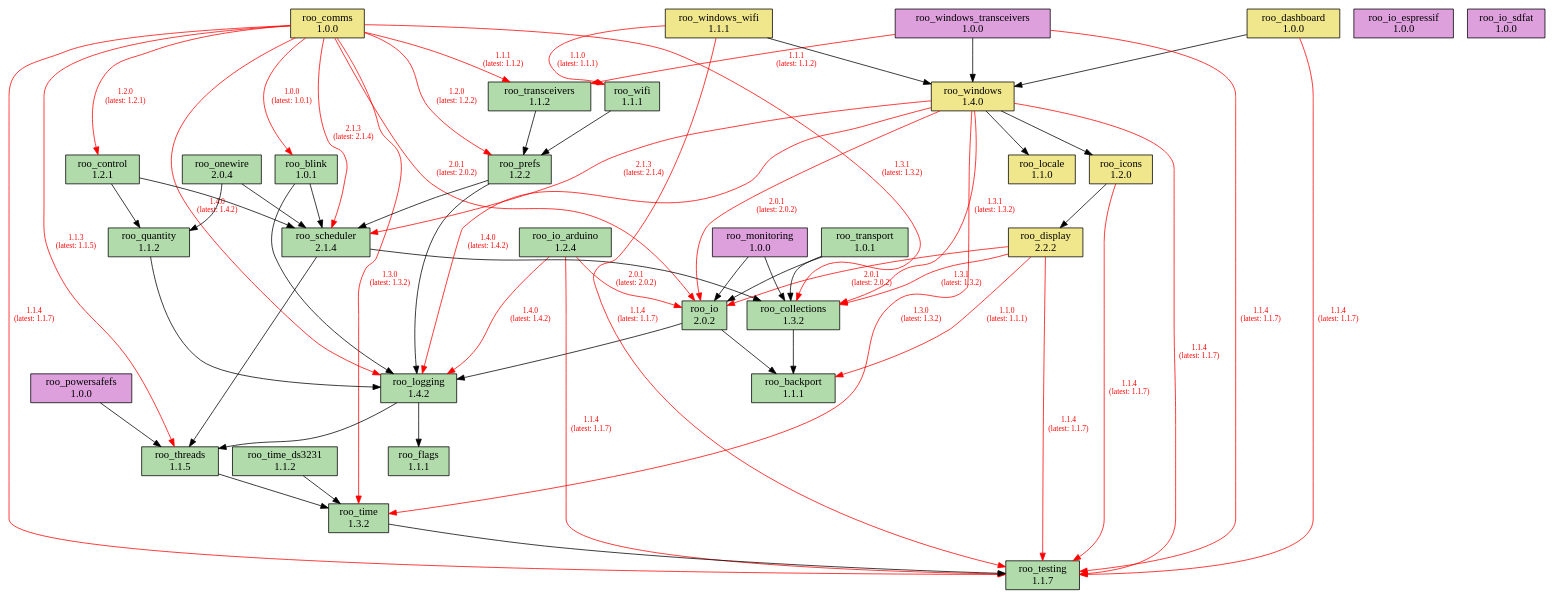
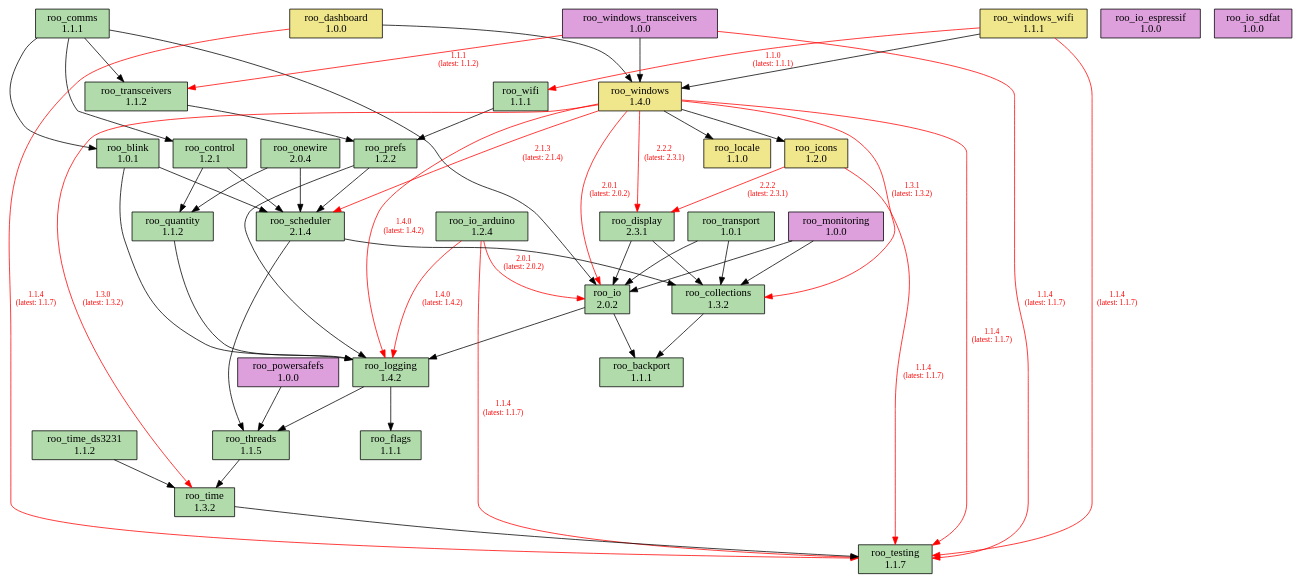
Before and after one commit to dejwk/roo-registry: the diagram in doc/dependencies.dot, drawn with Graphviz. The commit also changed 3 other files, not shown here.

Commit message:
Added roo_display 2.3.1 to the registry.

```diff
--- a/doc/dependencies.dot
+++ b/doc/dependencies.dot
@@ -1,102 +1,94 @@
 digraph dependencies {
     rankdir=TB;
     node [shape=box, style=filled];
     edge [fontsize=10];
 
     // Modules
     "roo_backport" [label="roo_backport\n1.1.1", fillcolor="#b1dbab"];
     "roo_blink" [label="roo_blink\n1.0.1", fillcolor="#b1dbab"];
     "roo_collections" [label="roo_collections\n1.3.2", fillcolor="#b1dbab"];
-    "roo_comms" [label="roo_comms\n1.0.0", fillcolor="khaki"];
+    "roo_comms" [label="roo_comms\n1.1.1", fillcolor="#b1dbab"];
     "roo_control" [label="roo_control\n1.2.1", fillcolor="#b1dbab"];
     "roo_dashboard" [label="roo_dashboard\n1.0.0", fillcolor="khaki"];
-    "roo_display" [label="roo_display\n2.2.2", fillcolor="khaki"];
+    "roo_display" [label="roo_display\n2.3.1", fillcolor="#b1dbab"];
     "roo_flags" [label="roo_flags\n1.1.1", fillcolor="#b1dbab"];
     "roo_icons" [label="roo_icons\n1.2.0", fillcolor="khaki"];
     "roo_io" [label="roo_io\n2.0.2", fillcolor="#b1dbab"];
     "roo_io_arduino" [label="roo_io_arduino\n1.2.4", fillcolor="#b1dbab"];
     "roo_io_espressif" [label="roo_io_espressif\n1.0.0", fillcolor="plum"];
     "roo_io_sdfat" [label="roo_io_sdfat\n1.0.0", fillcolor="plum"];
     "roo_locale" [label="roo_locale\n1.1.0", fillcolor="khaki"];
     "roo_logging" [label="roo_logging\n1.4.2", fillcolor="#b1dbab"];
     "roo_monitoring" [label="roo_monitoring\n1.0.0", fillcolor="plum"];
     "roo_onewire" [label="roo_onewire\n2.0.4", fillcolor="#b1dbab"];
     "roo_powersafefs" [label="roo_powersafefs\n1.0.0", fillcolor="plum"];
     "roo_prefs" [label="roo_prefs\n1.2.2", fillcolor="#b1dbab"];
     "roo_quantity" [label="roo_quantity\n1.1.2", fillcolor="#b1dbab"];
     "roo_scheduler" [label="roo_scheduler\n2.1.4", fillcolor="#b1dbab"];
     "roo_testing" [label="roo_testing\n1.1.7", fillcolor="#b1dbab"];
     "roo_threads" [label="roo_threads\n1.1.5", fillcolor="#b1dbab"];
     "roo_time" [label="roo_time\n1.3.2", fillcolor="#b1dbab"];
     "roo_time_ds3231" [label="roo_time_ds3231\n1.1.2", fillcolor="#b1dbab"];
     "roo_transceivers" [label="roo_transceivers\n1.1.2", fillcolor="#b1dbab"];
     "roo_transport" [label="roo_transport\n1.0.1", fillcolor="#b1dbab"];
     "roo_wifi" [label="roo_wifi\n1.1.1", fillcolor="#b1dbab"];
     "roo_windows" [label="roo_windows\n1.4.0", fillcolor="khaki"];
     "roo_windows_transceivers" [label="roo_windows_transceivers\n1.0.0", fillcolor="plum"];
     "roo_windows_wifi" [label="roo_windows_wifi\n1.1.1", fillcolor="khaki"];
 
     // Dependencies
     "roo_blink" -> "roo_logging";
     "roo_blink" -> "roo_scheduler";
     "roo_collections" -> "roo_backport";
-    "roo_comms" -> "roo_testing" [color=red, fontcolor=red, label="1.1.4\n(latest: 1.1.7)"];
-    "roo_comms" -> "roo_blink" [color=red, fontcolor=red, label="1.0.0\n(latest: 1.0.1)"];
-    "roo_comms" -> "roo_collections" [color=red, fontcolor=red, label="1.3.1\n(latest: 1.3.2)"];
-    "roo_comms" -> "roo_control" [color=red, fontcolor=red, label="1.2.0\n(latest: 1.2.1)"];
-    "roo_comms" -> "roo_io" [color=red, fontcolor=red, label="2.0.1\n(latest: 2.0.2)"];
-    "roo_comms" -> "roo_logging" [color=red, fontcolor=red, label="1.4.0\n(latest: 1.4.2)"];
-    "roo_comms" -> "roo_prefs" [color=red, fontcolor=red, label="1.2.0\n(latest: 1.2.2)"];
-    "roo_comms" -> "roo_scheduler" [color=red, fontcolor=red, label="2.1.3\n(latest: 2.1.4)"];
-    "roo_comms" -> "roo_threads" [color=red, fontcolor=red, label="1.1.3\n(latest: 1.1.5)"];
-    "roo_comms" -> "roo_time" [color=red, fontcolor=red, label="1.3.0\n(latest: 1.3.2)"];
-    "roo_comms" -> "roo_transceivers" [color=red, fontcolor=red, label="1.1.1\n(latest: 1.1.2)"];
+    "roo_comms" -> "roo_blink";
+    "roo_comms" -> "roo_control";
+    "roo_comms" -> "roo_io";
+    "roo_comms" -> "roo_transceivers";
     "roo_control" -> "roo_quantity";
     "roo_control" -> "roo_scheduler";
     "roo_dashboard" -> "roo_testing" [color=red, fontcolor=red, label="1.1.4\n(latest: 1.1.7)"];
     "roo_dashboard" -> "roo_windows";
-    "roo_display" -> "roo_testing" [color=red, fontcolor=red, label="1.1.4\n(latest: 1.1.7)"];
-    "roo_display" -> "roo_backport" [color=red, fontcolor=red, label="1.1.0\n(latest: 1.1.1)"];
-    "roo_display" -> "roo_collections" [color=red, fontcolor=red, label="1.3.1\n(latest: 1.3.2)"];
-    "roo_display" -> "roo_io" [color=red, fontcolor=red, label="2.0.1\n(latest: 2.0.2)"];
+    "roo_display" -> "roo_collections";
+    "roo_display" -> "roo_io";
     "roo_icons" -> "roo_testing" [color=red, fontcolor=red, label="1.1.4\n(latest: 1.1.7)"];
-    "roo_icons" -> "roo_display";
+    "roo_icons" -> "roo_display" [color=red, fontcolor=red, label="2.2.2\n(latest: 2.3.1)"];
     "roo_io" -> "roo_backport";
     "roo_io" -> "roo_logging";
     "roo_io_arduino" -> "roo_testing" [color=red, fontcolor=red, label="1.1.4\n(latest: 1.1.7)"];
     "roo_io_arduino" -> "roo_io" [color=red, fontcolor=red, label="2.0.1\n(latest: 2.0.2)"];
     "roo_io_arduino" -> "roo_logging" [color=red, fontcolor=red, label="1.4.0\n(latest: 1.4.2)"];
     "roo_logging" -> "roo_flags";
     "roo_logging" -> "roo_threads";
     "roo_monitoring" -> "roo_collections";
     "roo_monitoring" -> "roo_io";
     "roo_onewire" -> "roo_scheduler";
     "roo_onewire" -> "roo_quantity";
     "roo_powersafefs" -> "roo_threads";
     "roo_prefs" -> "roo_logging";
     "roo_prefs" -> "roo_scheduler";
     "roo_quantity" -> "roo_logging";
     "roo_scheduler" -> "roo_collections";
     "roo_scheduler" -> "roo_threads";
     "roo_threads" -> "roo_time";
     "roo_time" -> "roo_testing";
     "roo_time_ds3231" -> "roo_time";
     "roo_transceivers" -> "roo_prefs";
     "roo_transport" -> "roo_collections";
     "roo_transport" -> "roo_io";
     "roo_wifi" -> "roo_prefs";
     "roo_windows" -> "roo_testing" [color=red, fontcolor=red, label="1.1.4\n(latest: 1.1.7)"];
     "roo_windows" -> "roo_collections" [color=red, fontcolor=red, label="1.3.1\n(latest: 1.3.2)"];
+    "roo_windows" -> "roo_display" [color=red, fontcolor=red, label="2.2.2\n(latest: 2.3.1)"];
     "roo_windows" -> "roo_locale";
     "roo_windows" -> "roo_logging" [color=red, fontcolor=red, label="1.4.0\n(latest: 1.4.2)"];
     "roo_windows" -> "roo_icons";
     "roo_windows" -> "roo_io" [color=red, fontcolor=red, label="2.0.1\n(latest: 2.0.2)"];
     "roo_windows" -> "roo_scheduler" [color=red, fontcolor=red, label="2.1.3\n(latest: 2.1.4)"];
     "roo_windows" -> "roo_time" [color=red, fontcolor=red, label="1.3.0\n(latest: 1.3.2)"];
     "roo_windows_transceivers" -> "roo_testing" [color=red, fontcolor=red, label="1.1.4\n(latest: 1.1.7)"];
     "roo_windows_transceivers" -> "roo_transceivers" [color=red, fontcolor=red, label="1.1.1\n(latest: 1.1.2)"];
     "roo_windows_transceivers" -> "roo_windows";
     "roo_windows_wifi" -> "roo_testing" [color=red, fontcolor=red, label="1.1.4\n(latest: 1.1.7)"];
     "roo_windows_wifi" -> "roo_wifi" [color=red, fontcolor=red, label="1.1.0\n(latest: 1.1.1)"];
     "roo_windows_wifi" -> "roo_windows";
 }
```
